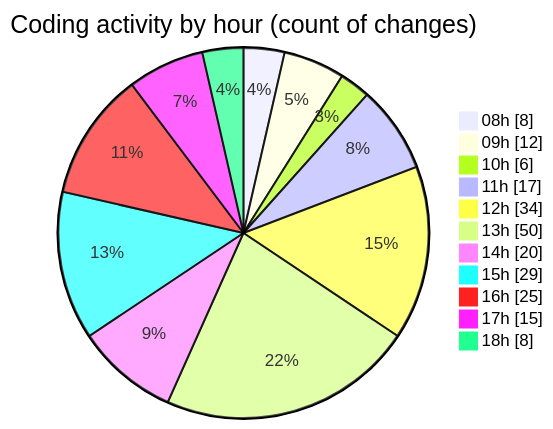
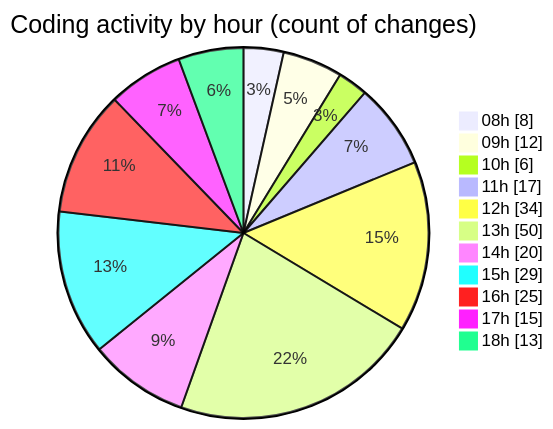
One commit to momahboobian/code-tracking changed the second of 2 diagrams in 2025-09-15/cda/README.md. Above: the diagram before and after it, drawn with Mermaid. The commit also changed other lines of this file and 1 other file, not shown here.

````diff
--- a/2025-09-15/cda/README.md
+++ b/2025-09-15/cda/README.md
@@ -36,15 +36,15 @@
 ```mermaid
 pie showData
 title Coding activity by hour (count of changes)
 "08h" : 8
 "09h" : 12
 "10h" : 6
 "11h" : 17
 "12h" : 34
 "13h" : 50
 "14h" : 20
 "15h" : 29
 "16h" : 25
 "17h" : 15
-"18h" : 8
+"18h" : 13
 ```
````
